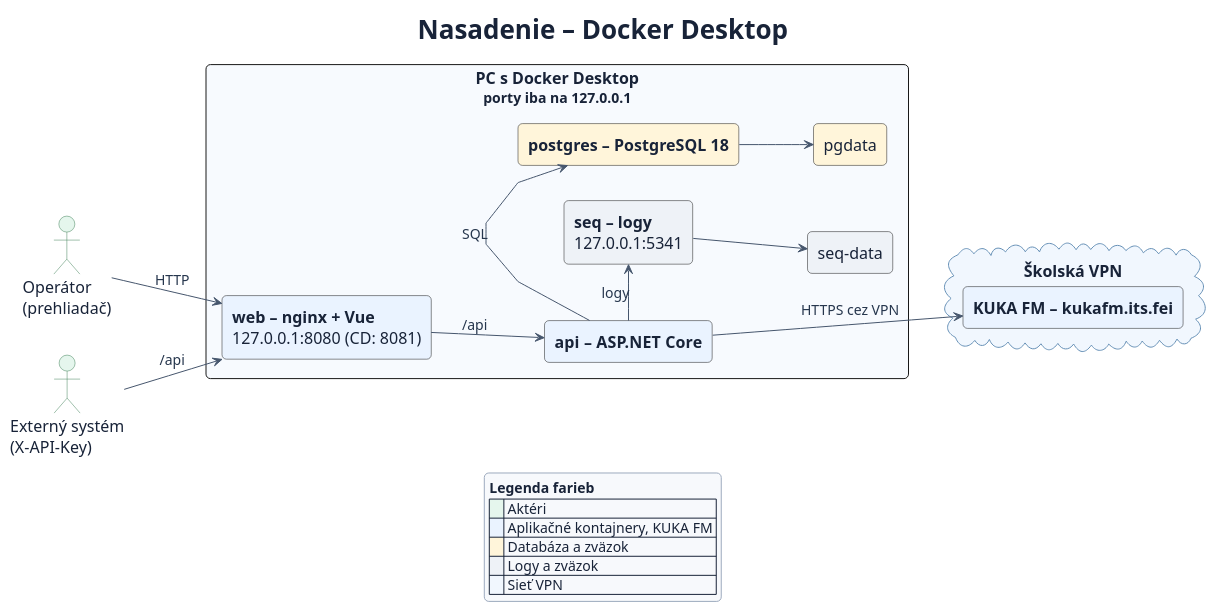
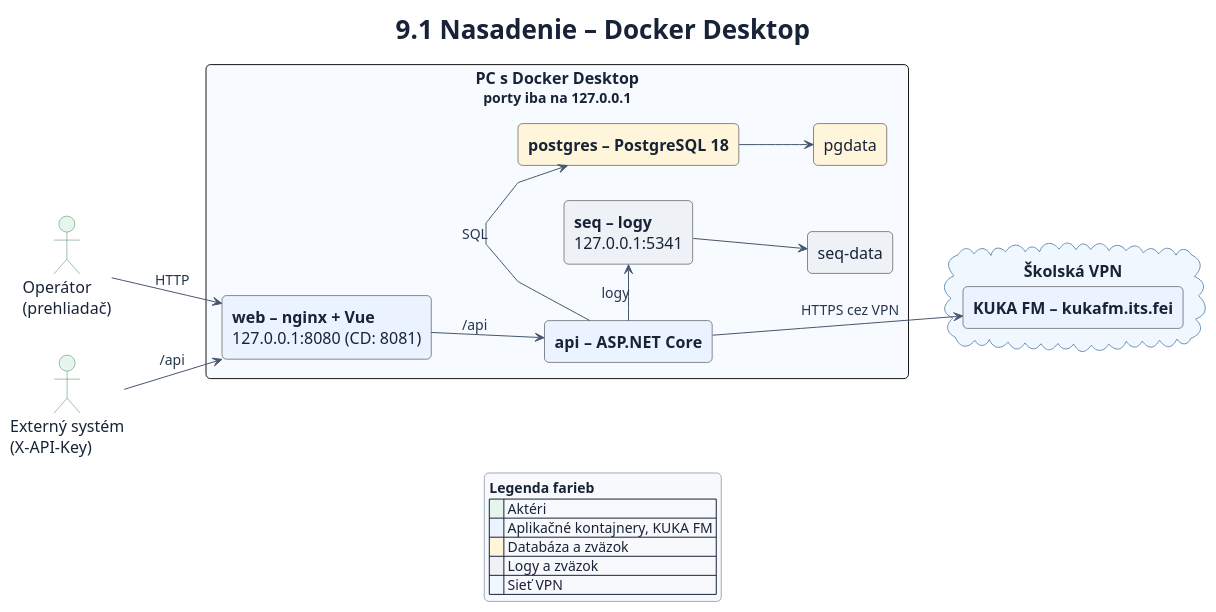
The diagram in documentation/diagrams/9.1-nasadenie.puml (McLehotsky/kuka-middleware), drawn with PlantUML before and after one commit. The commit also changed 23 other files, not shown here.

Commit message:
Redraw the as-built diagrams with swimlanes and add UC3/UC4/UC6 (Epic)

```diff
--- a/documentation/diagrams/9.1-nasadenie.puml
+++ b/documentation/diagrams/9.1-nasadenie.puml
@@ -1,71 +1,71 @@
 @startuml
 skinparam shadowing false
 skinparam roundCorner 9
 skinparam backgroundColor #FFFFFF
 skinparam defaultFontName Segoe UI
 skinparam defaultFontColor #182338
 skinparam defaultFontSize 16
 skinparam titleFontSize 26
 skinparam titleFontColor #182338
 skinparam ArrowColor #46566D
 skinparam ArrowFontColor #26364D
 skinparam ArrowFontSize 14
 skinparam ActivityBorderColor #7B8798
 skinparam ActivityBackgroundColor #F9FBFE
 skinparam ActivityDiamondBackgroundColor #F1EDFA
 skinparam ActivityDiamondBorderColor #A197C4
 skinparam ActivityDiamondFontSize 15
 skinparam ActivityStartColor #26364D
 skinparam ActivityEndColor #26364D
 skinparam ActivityBarColor #46566D
 
 skinparam NodeBorderColor #688098
 skinparam DatabaseBorderColor #A38234
 skinparam CloudBorderColor #6791B7
 skinparam ActorBorderColor #43835A
 skinparam ActorBackgroundColor #E5F6ED
 skinparam StorageBorderColor #7B8798
 skinparam LegendBackgroundColor #F7F9FC
 skinparam LegendBorderColor #9DAABE
 skinparam LegendFontSize 14
 skinparam linetype polyline
 left to right direction
 
-title Nasadenie <U+2013> Docker Desktop
+title 9.1 Nasadenie <U+2013> Docker Desktop
 
 actor "Operátor\n(prehliadač)" as operator
 actor "Externý systém\n(X-API-Key)" as external
 
 rectangle "<b>PC s Docker Desktop</b>\n<size:14>porty iba na 127.0.0.1</size>" as pc #F7FAFE {
   rectangle "<b>web <U+2013> nginx + Vue</b>\n127.0.0.1:8080 (CD: 8081)" as web #EAF3FF
   rectangle "<b>api <U+2013> ASP.NET Core</b>" as api #EAF3FF
   rectangle "<b>postgres <U+2013> PostgreSQL 18</b>" as postgres #FFF5DA
   rectangle "<b>seq <U+2013> logy</b>\n127.0.0.1:5341" as seq #EEF2F7
   rectangle "pgdata" as pgdata #FFF5DA
   rectangle "seq-data" as seqdata #EEF2F7
 }
 
 cloud "<b>Školská VPN</b>" as vpn #F1F7FE {
   rectangle "<b>KUKA FM <U+2013> kukafm.its.fei</b>" as kuka #EAF3FF
 }
 
 operator --> web : HTTP
 operator -[hidden]right-> external
 external --> web : /api
 web --> api : /api
 api -right-> postgres : SQL
 api -left-> seq : logy
 api --> kuka : HTTPS cez VPN
 seqdata -[hidden]-> kuka
 postgres --> pgdata
 seq --> seqdata
 
 legend bottom
   <b>Legenda farieb</b>
   |<#E5F6ED>    | Aktéri |
   |<#EAF3FF>    | Aplikačné kontajnery, KUKA FM |
   |<#FFF5DA>    | Databáza a zväzok |
   |<#EEF2F7>    | Logy a zväzok |
   |<#F1F7FE>    | Sieť VPN |
 endlegend
 @enduml
```
